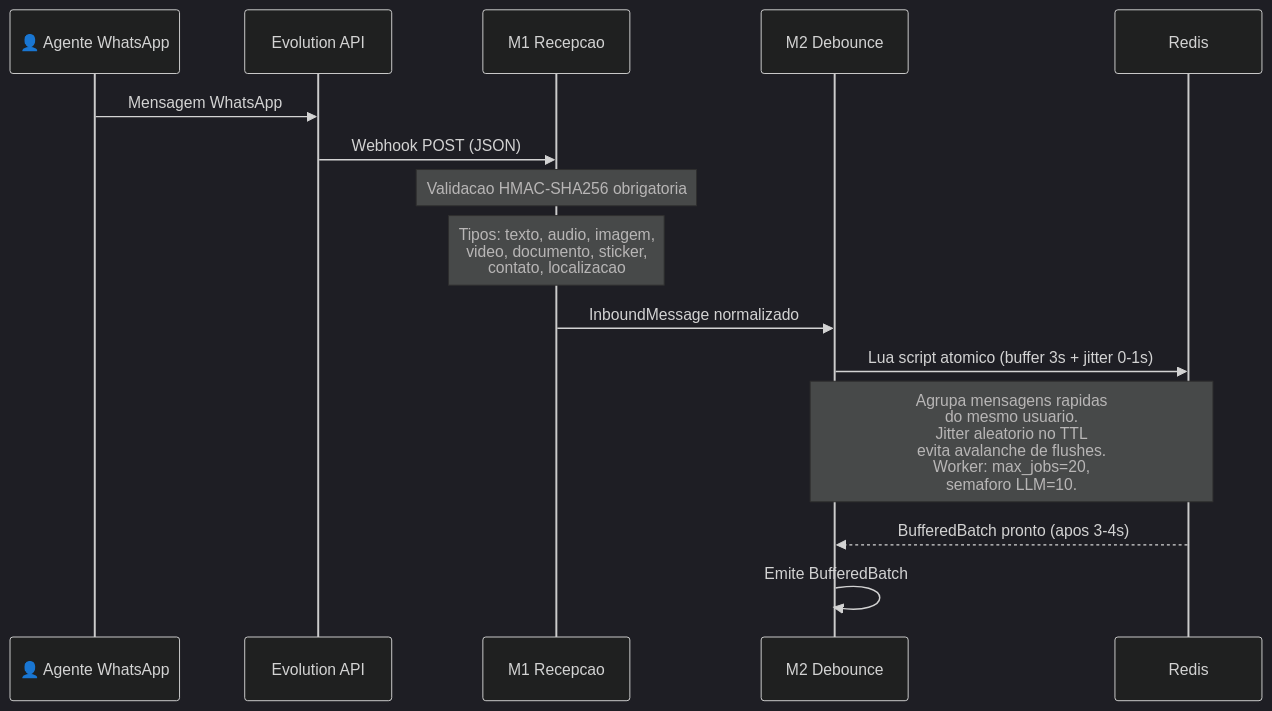
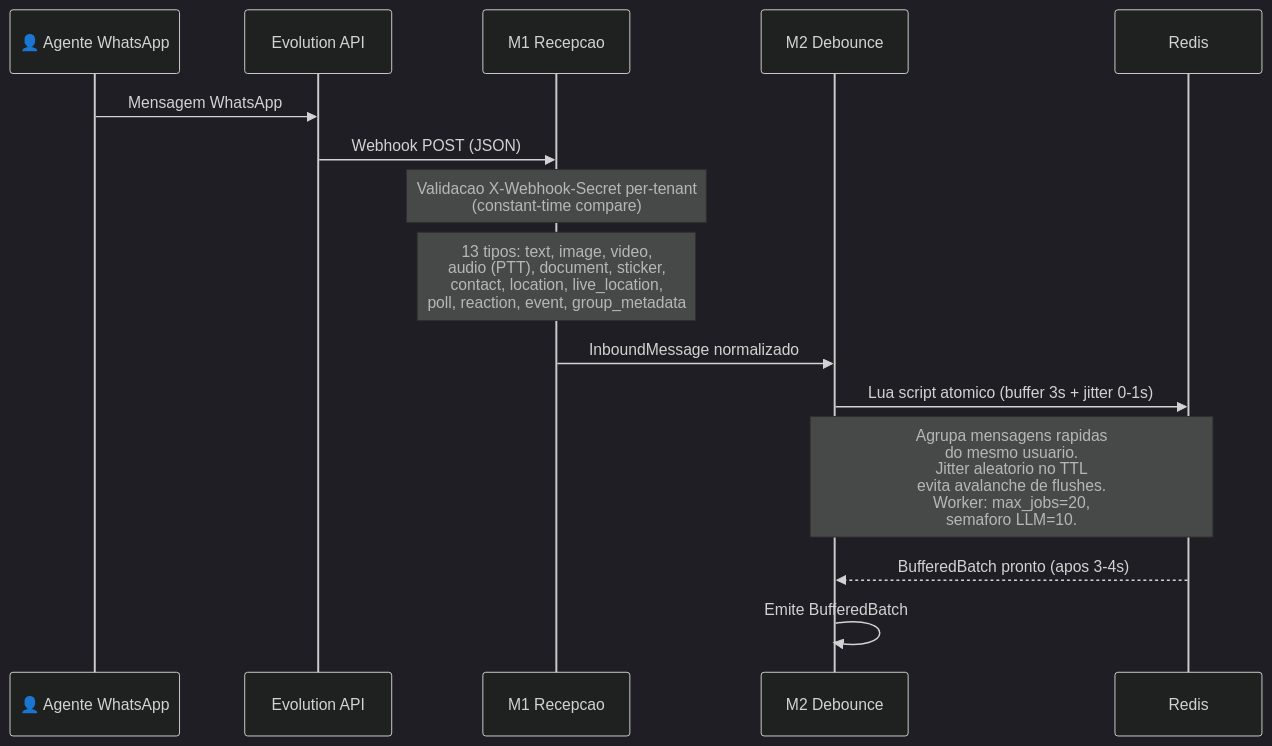
One commit to paceautomations/madruga.ai changed the second of 13 diagrams in platforms/prosauai/business/process.md. Above: the diagram before and after it, drawn with Mermaid (dark theme). The commit also changed other lines of this file and 6 other files, not shown here.

````diff
--- a/platforms/prosauai/business/process.md
+++ b/platforms/prosauai/business/process.md
@@ -61,19 +61,19 @@
 ```mermaid
 sequenceDiagram
     participant Agent as 👤 Agente WhatsApp
     participant EVO as Evolution API
     participant M1 as M1 Recepcao
     participant M2 as M2 Debounce
     participant Redis
 
     Agent->>EVO: Mensagem WhatsApp
     EVO->>M1: Webhook POST (JSON)
-    Note over M1: Validacao HMAC-SHA256 obrigatoria
-    Note over M1: Tipos: texto, audio, imagem,<br/>video, documento, sticker,<br/>contato, localizacao
+    Note over M1: Validacao X-Webhook-Secret per-tenant<br/>(constant-time compare)
+    Note over M1: 13 tipos: text, image, video,<br/>audio (PTT), document, sticker,<br/>contact, location, live_location,<br/>poll, reaction, event, group_metadata
 
     M1->>M2: InboundMessage normalizado
     M2->>Redis: Lua script atomico (buffer 3s + jitter 0-1s)
     Note over M2,Redis: Agrupa mensagens rapidas<br/>do mesmo usuario.<br/>Jitter aleatorio no TTL<br/>evita avalanche de flushes.<br/>Worker: max_jobs=20,<br/>semaforo LLM=10.
     Redis-->>M2: BufferedBatch pronto (apos 3-4s)
     M2->>M2: Emite BufferedBatch
 ```
````
